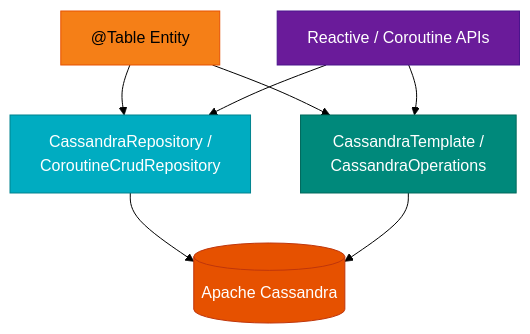
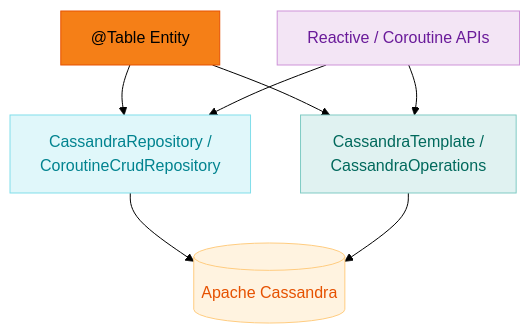
One commit to bluetape4k/bluetape4k-projects changed the diagram in spring-boot3/cassandra-demo/README.ko.md. Above: the diagram before and after it, drawn with Mermaid (forest theme). The commit also changed 219 other files, not shown here.

First line of the commit message:
docs: 전체 README Mermaid 다이어그램 가이드 적용

````diff
--- a/spring-boot3/cassandra-demo/README.ko.md
+++ b/spring-boot3/cassandra-demo/README.ko.md
@@ -9,27 +9,27 @@
 ```mermaid
 flowchart TD
     Entity["@Table Entity"]
     Repo["CassandraRepository /<br/>CoroutineCrudRepository"]
     Template["CassandraTemplate /<br/>CassandraOperations"]
     Reactive["Reactive / Coroutine APIs"]
     Cassandra[("Apache Cassandra")]
 
     Entity --> Repo
     Entity --> Template
     Repo --> Cassandra
     Template --> Cassandra
     Reactive --> Repo
     Reactive --> Template
 
     classDef entityStyle fill:#F57F17,stroke:#E65100,color:#000000
-    classDef repoStyle fill:#00ACC1,stroke:#00838F,color:#FFFFFF
-    classDef templateStyle fill:#00897B,stroke:#00695C,color:#FFFFFF
-    classDef reactiveStyle fill:#6A1B9A,stroke:#4A148C,color:#FFFFFF
-    classDef dbStyle fill:#E65100,stroke:#BF360C,color:#FFFFFF
+    classDef repoStyle fill:#E0F7FA,stroke:#80DEEA,color:#00838F
+    classDef templateStyle fill:#E0F2F1,stroke:#80CBC4,color:#00695C
+    classDef reactiveStyle fill:#F3E5F5,stroke:#CE93D8,color:#6A1B9A
+    classDef dbStyle fill:#FFF3E0,stroke:#FFCC80,color:#E65100
 
     class Entity entityStyle
     class Repo repoStyle
     class Template templateStyle
     class Reactive reactiveStyle
     class Cassandra dbStyle
 ```
````
